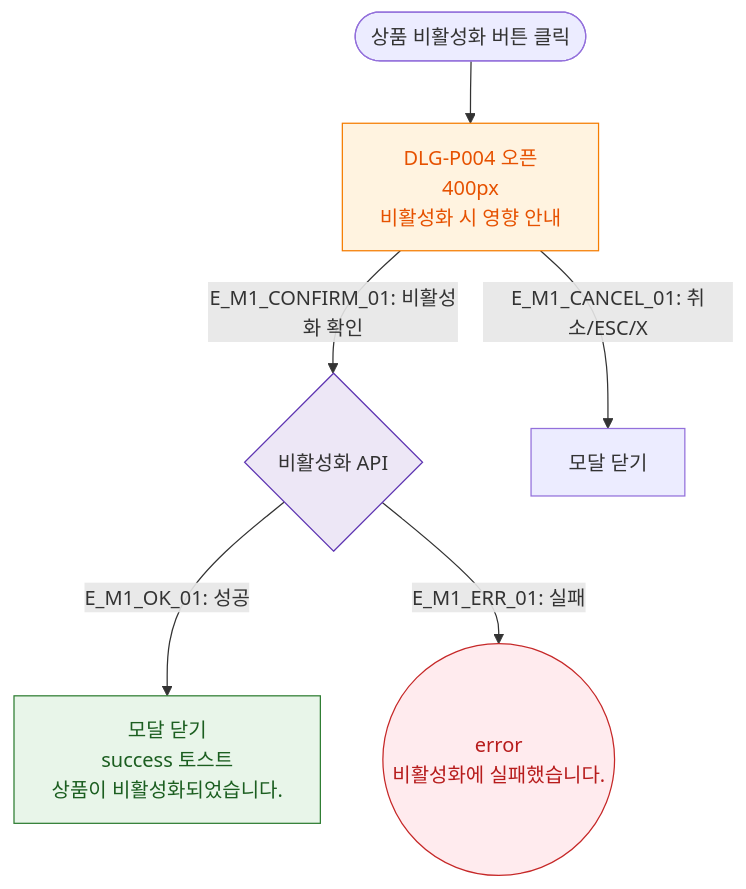
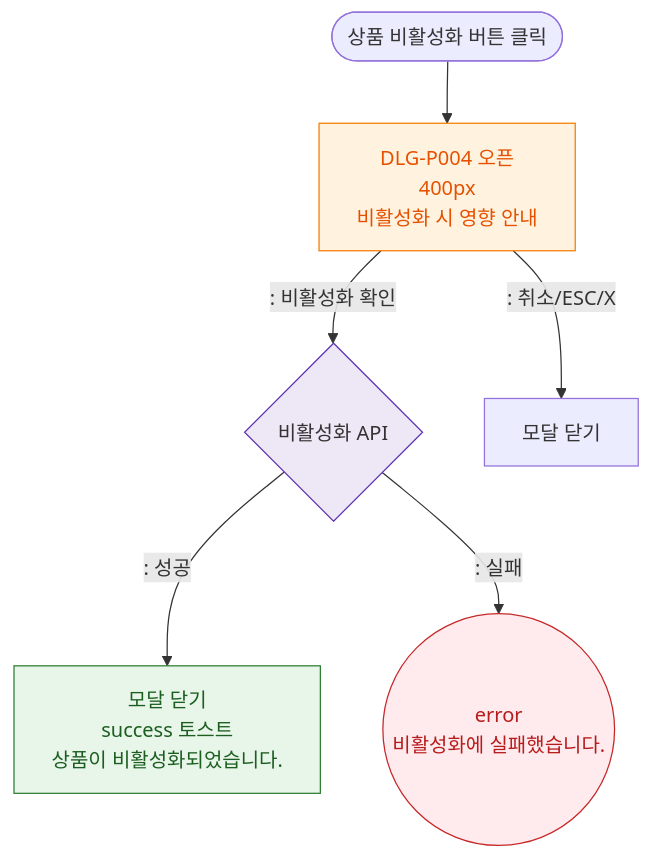
The diagram in docs/다이어그램/D05_상품관리/DLG/DLG-P004_비활성화안내/M1_모달생명주기.md (dev-spogym/admin-pando), drawn with Mermaid before and after one commit. The commit also changed other lines of this file and 1660 other files, not shown here.

First line of the commit message:
다이어그램: 기획자/클라이언트 납품본으로 정리

````diff
--- a/docs/다이어그램/D05_상품관리/DLG/DLG-P004_비활성화안내/M1_모달생명주기.md
+++ b/docs/다이어그램/D05_상품관리/DLG/DLG-P004_비활성화안내/M1_모달생명주기.md
@@ -16,18 +14,18 @@
 ```mermaid
 flowchart TD
     TRIGGER([상품 비활성화 버튼 클릭]) --> OpenModal[DLG-P004 오픈\n400px\n비활성화 시 영향 안내]
-    OpenModal -->|"E_M1_CONFIRM_01: 비활성화 확인"| DeactivateAPI{비활성화 API}
-    OpenModal -->|"E_M1_CANCEL_01: 취소/ESC/X"| Closed[모달 닫기]
+    OpenModal -->|": 비활성화 확인"|DeactivateAPI{비활성화 API}
+    OpenModal -->|": 취소/ESC/X"|Closed[모달 닫기]
 
-    DeactivateAPI -->|"E_M1_OK_01: 성공"| CloseSuccess[모달 닫기\nsuccess 토스트\n상품이 비활성화되었습니다.]
-    DeactivateAPI -->|"E_M1_ERR_01: 실패"| DeactivateErr((error\n비활성화에 실패했습니다.))
+    DeactivateAPI -->|": 성공"|CloseSuccess[모달 닫기\nsuccess 토스트\n상품이 비활성화되었습니다.]
+    DeactivateAPI -->|": 실패"|DeactivateErr((error\n비활성화에 실패했습니다.))
 
     classDef modal fill:#FFF3E0,stroke:#F57C00,color:#E65100
     classDef success fill:#E8F5E9,stroke:#2E7D32,color:#1B5E20
     classDef error fill:#FFEBEE,stroke:#C62828,color:#B71C1C
     classDef system fill:#EDE7F6,stroke:#5E35B2
     class OpenModal modal
     class CloseSuccess success
     class DeactivateErr error
     class DeactivateAPI system
 ```
````
